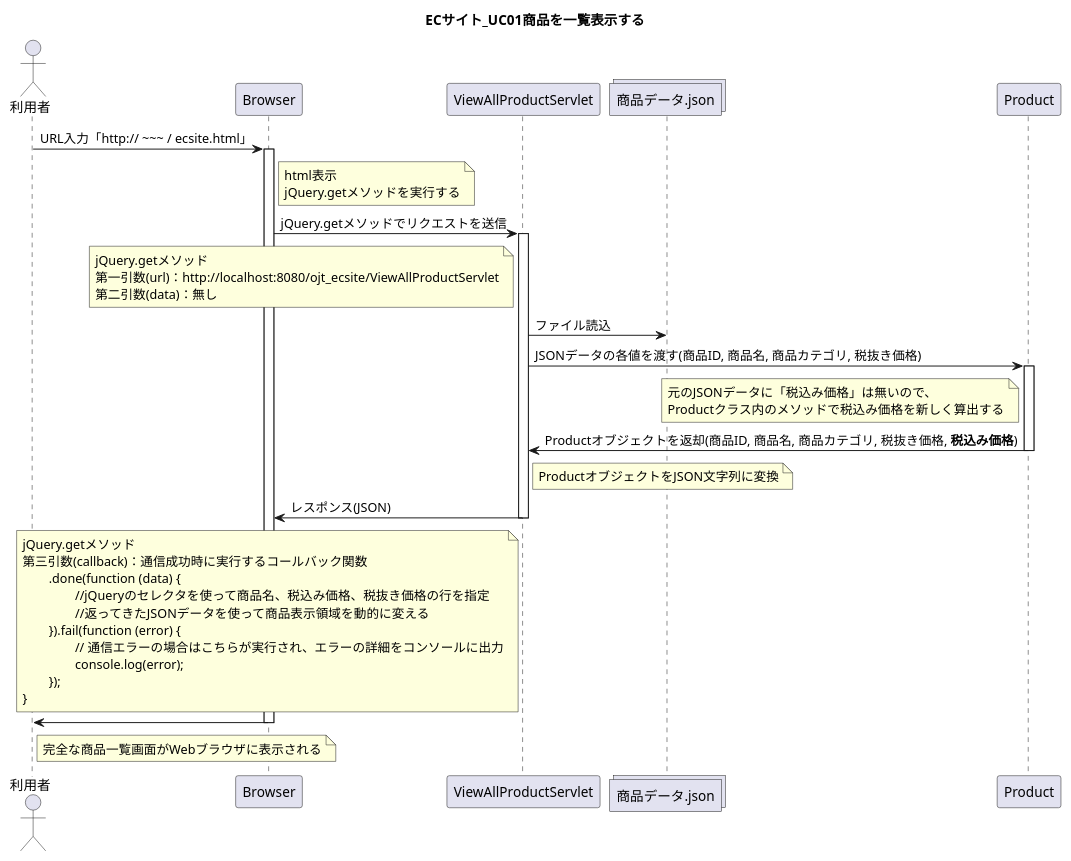
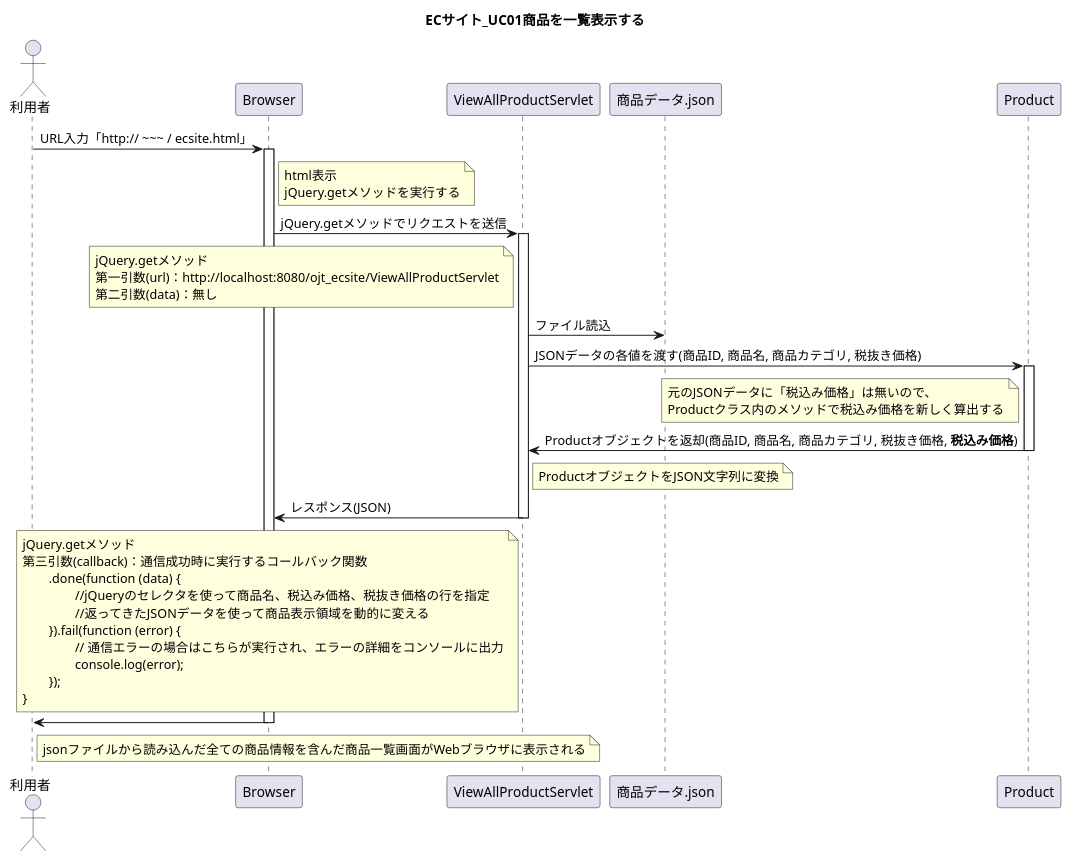
The diagram in UML/Sequence01.puml (wnakayama/ojt_ecsite), drawn with PlantUML before and after one commit. The commit also changed 1 other file, not shown here.

Commit message:
商品データ.jsonのアイコンを変更, noteを一部修正

```diff
--- a/UML/Sequence01.puml
+++ b/UML/Sequence01.puml
@@ -1,63 +1,63 @@
 @startuml
 title ECサイト_UC01商品を一覧表示する
 
 actor 利用者
 
 利用者 -> Browser : URL入力「http:// ~~~ / ecsite.html」
 activate Browser
 note right of Browser
 html表示
 jQuery.getメソッドを実行する
 end note
 
 Browser -> ViewAllProductServlet : jQuery.getメソッドでリクエストを送信
 activate ViewAllProductServlet
 
 note left of ViewAllProductServlet
 jQuery.getメソッド
 第一引数(url)：http://localhost:8080/ojt_ecsite/ViewAllProductServlet
 第二引数(data)：無し
 end note
 
-collections 商品データ.json
+
 ViewAllProductServlet -> 商品データ.json : ファイル読込
 ViewAllProductServlet -> Product : JSONデータの各値を渡す(商品ID, 商品名, 商品カテゴリ, 税抜き価格)
 activate Product
 
 
 note left of Product
 元のJSONデータに「税込み価格」は無いので、
 Productクラス内のメソッドで税込み価格を新しく算出する
 end note
 ViewAllProductServlet <- Product : Productオブジェクトを返却(商品ID, 商品名, 商品カテゴリ, 税抜き価格, **税込み価格**)
 
 deactivate Product
 
 note right of ViewAllProductServlet
 ProductオブジェクトをJSON文字列に変換
 end note
 Browser <- ViewAllProductServlet : レスポンス(JSON)
 
 note left of ViewAllProductServlet
 jQuery.getメソッド
 第三引数(callback)：通信成功時に実行するコールバック関数
 	.done(function (data) {
 		//jQueryのセレクタを使って商品名、税込み価格、税抜き価格の行を指定
     		//返ってきたJSONデータを使って商品表示領域を動的に変える
 	}).fail(function (error) {
 		// 通信エラーの場合はこちらが実行され、エラーの詳細をコンソールに出力
 		console.log(error);
 	});
 }
 end note
 
 deactivate ViewAllProductServlet
 
 利用者 <- Browser
 note right of 利用者
-完全な商品一覧画面がWebブラウザに表示される
+jsonファイルから読み込んだ全ての商品情報を含んだ商品一覧画面がWebブラウザに表示される
 end note
 
 deactivate Browser
 
 @enduml
```
